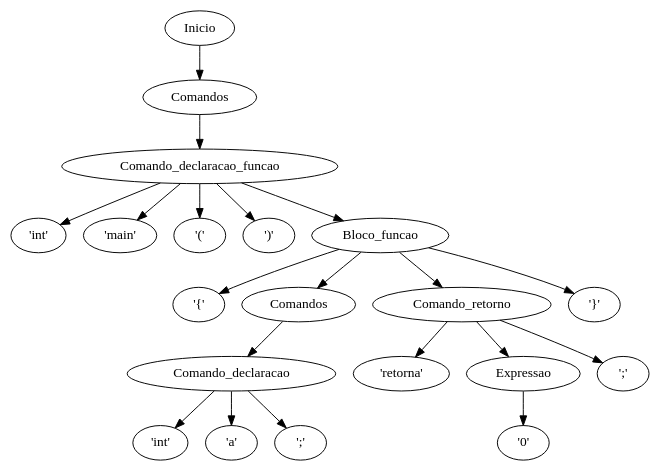
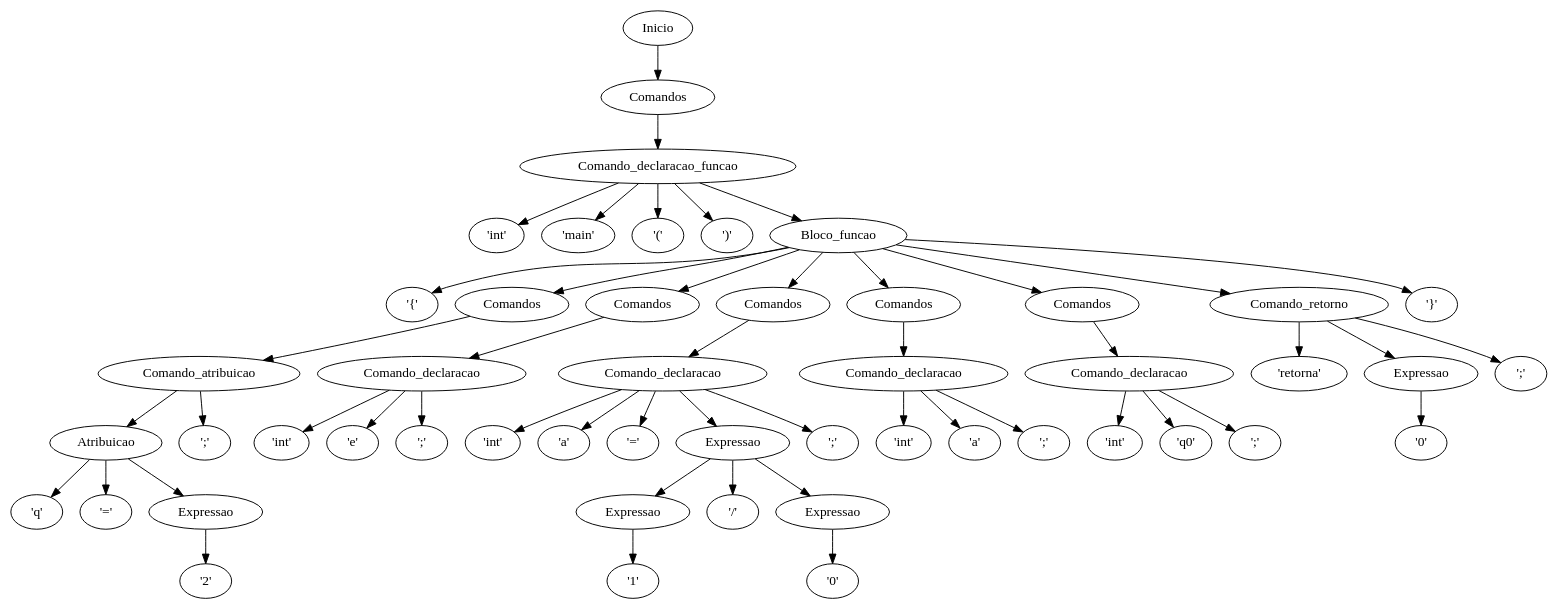
The diagram in saida_ast.dot (ogeorgehenrique/compiladorGV), drawn with Graphviz before and after one commit. The commit also changed 3 other files, not shown here.

```diff
--- a/saida_ast.dot
+++ b/saida_ast.dot
@@ -1,41 +1,101 @@
 digraph AST {
 n0 [label="Inicio"];
 n1 [label="Comandos"];
 n2 [label="Comando_declaracao_funcao"];
 n3 [label="'int'"];
 n2 -> n3;
 n4 [label="'main'"];
 n2 -> n4;
 n5 [label="'('"];
 n2 -> n5;
 n6 [label="')'"];
 n2 -> n6;
 n7 [label="Bloco_funcao"];
 n8 [label="'{'"];
 n7 -> n8;
 n9 [label="Comandos"];
-n10 [label="Comando_declaracao"];
-n11 [label="'int'"];
+n10 [label="Comando_atribuicao"];
+n11 [label="Atribuicao"];
+n12 [label="'q'"];
+n11 -> n12;
+n13 [label="'='"];
+n11 -> n13;
+n14 [label="Expressao"];
+n15 [label="'2'"];
+n14 -> n15;
+n11 -> n14;
 n10 -> n11;
-n12 [label="'a'"];
-n10 -> n12;
-n13 [label="';'"];
-n10 -> n13;
+n16 [label="';'"];
+n10 -> n16;
 n9 -> n10;
 n7 -> n9;
-n14 [label="Comando_retorno"];
-n15 [label="'retorna'"];
-n14 -> n15;
-n16 [label="Expressao"];
-n17 [label="'0'"];
-n16 -> n17;
-n14 -> n16;
-n18 [label="';'"];
-n14 -> n18;
-n7 -> n14;
-n19 [label="'}'"];
-n7 -> n19;
+n17 [label="Comandos"];
+n18 [label="Comando_declaracao"];
+n19 [label="'int'"];
+n18 -> n19;
+n20 [label="'e'"];
+n18 -> n20;
+n21 [label="';'"];
+n18 -> n21;
+n17 -> n18;
+n7 -> n17;
+n22 [label="Comandos"];
+n23 [label="Comando_declaracao"];
+n24 [label="'int'"];
+n23 -> n24;
+n25 [label="'a'"];
+n23 -> n25;
+n26 [label="'='"];
+n23 -> n26;
+n27 [label="Expressao"];
+n28 [label="Expressao"];
+n29 [label="'1'"];
+n28 -> n29;
+n27 -> n28;
+n30 [label="'/'"];
+n27 -> n30;
+n31 [label="Expressao"];
+n32 [label="'0'"];
+n31 -> n32;
+n27 -> n31;
+n23 -> n27;
+n33 [label="';'"];
+n23 -> n33;
+n22 -> n23;
+n7 -> n22;
+n34 [label="Comandos"];
+n35 [label="Comando_declaracao"];
+n36 [label="'int'"];
+n35 -> n36;
+n37 [label="'a'"];
+n35 -> n37;
+n38 [label="';'"];
+n35 -> n38;
+n34 -> n35;
+n7 -> n34;
+n39 [label="Comandos"];
+n40 [label="Comando_declaracao"];
+n41 [label="'int'"];
+n40 -> n41;
+n42 [label="'q0'"];
+n40 -> n42;
+n43 [label="';'"];
+n40 -> n43;
+n39 -> n40;
+n7 -> n39;
+n44 [label="Comando_retorno"];
+n45 [label="'retorna'"];
+n44 -> n45;
+n46 [label="Expressao"];
+n47 [label="'0'"];
+n46 -> n47;
+n44 -> n46;
+n48 [label="';'"];
+n44 -> n48;
+n7 -> n44;
+n49 [label="'}'"];
+n7 -> n49;
 n2 -> n7;
 n1 -> n2;
 n0 -> n1;
 }
```
